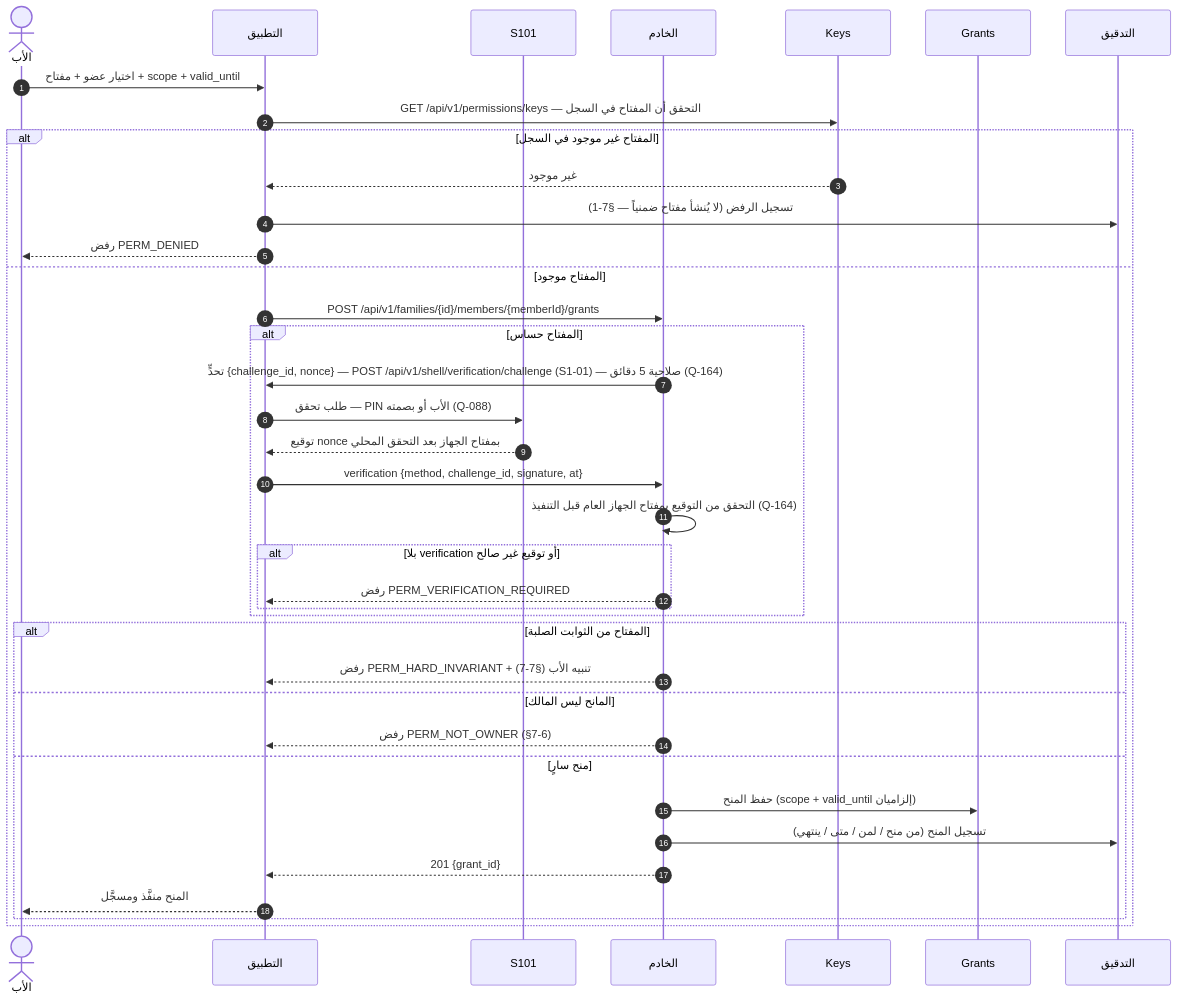
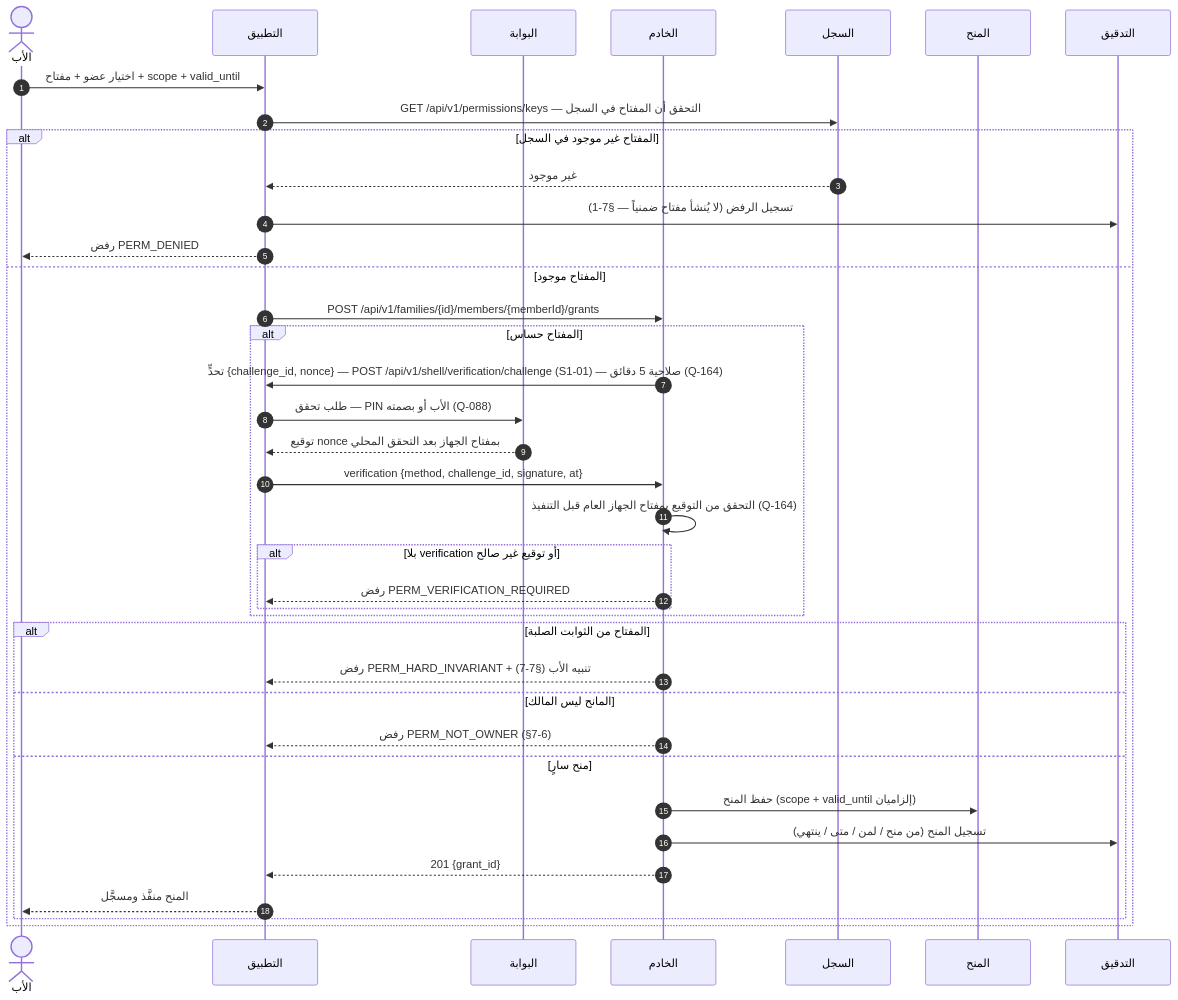
One commit to Bassam-mohammed-alqaeadi/family-os-v2 changed the third of 14 diagrams in docs/family-os/governance/phases/phase-1/S1-03-family-roles-and-permissions/DIAGRAMS.md. Above: the diagram before and after it, drawn with Mermaid. The commit also changed other lines of this file and 1 other file, not shown here.

````diff
--- a/docs/family-os/governance/phases/phase-1/S1-03-family-roles-and-permissions/DIAGRAMS.md
+++ b/docs/family-os/governance/phases/phase-1/S1-03-family-roles-and-permissions/DIAGRAMS.md
@@ -186,40 +200,40 @@
 ```mermaid
 sequenceDiagram
     autonumber
     actor Father as الأب
     participant App as التطبيق
-    participant البوابة as S101
+    participant S101 as البوابة
     participant Ktor as الخادم
-    participant السجل as Keys
-    participant المنح as Grants
+    participant Keys as السجل
+    participant Grants as المنح
     participant Audit as التدقيق
     Father->>App: اختيار عضو + مفتاح + scope + valid_until
-    App->>السجل: GET /api/v1/permissions/keys — التحقق أن المفتاح في السجل
+    App->>Keys: GET /api/v1/permissions/keys — التحقق أن المفتاح في السجل
     alt المفتاح غير موجود في السجل
-        السجل-->>App: غير موجود
+        Keys-->>App: غير موجود
         App->>Audit: تسجيل الرفض (لا يُنشأ مفتاح ضمنياً — §7-1)
         App-->>Father: رفض PERM_DENIED
     else المفتاح موجود
         App->>Ktor: POST /api/v1/families/{id}/members/{memberId}/grants
         alt المفتاح حساس
             Ktor->>App: تحدٍّ {challenge_id, nonce} — POST /api/v1/shell/verification/challenge (S1-01) — صلاحية 5 دقائق (Q-164)
-            App->>البوابة: طلب تحقق — PIN الأب أو بصمته (Q-088)
-            البوابة-->>App: توقيع nonce بمفتاح الجهاز بعد التحقق المحلي
+            App->>S101: طلب تحقق — PIN الأب أو بصمته (Q-088)
+            S101-->>App: توقيع nonce بمفتاح الجهاز بعد التحقق المحلي
             App->>Ktor: verification {method, challenge_id, signature, at}
             Ktor->>Ktor: التحقق من التوقيع بمفتاح الجهاز العام قبل التنفيذ (Q-164)
             alt بلا verification أو توقيع غير صالح
                 Ktor-->>App: رفض PERM_VERIFICATION_REQUIRED
             end
         end
         alt المفتاح من الثوابت الصلبة
             Ktor-->>App: رفض PERM_HARD_INVARIANT + تنبيه الأب (§7-7)
         else المانح ليس المالك
             Ktor-->>App: رفض PERM_NOT_OWNER (§7-6)
         else منح سارٍ
-            Ktor->>المنح: حفظ المنح (scope + valid_until إلزاميان)
+            Ktor->>Grants: حفظ المنح (scope + valid_until إلزاميان)
             Ktor->>Audit: تسجيل المنح (من منح / لمن / متى / ينتهي)
             Ktor-->>App: 201 {grant_id}
             App-->>Father: المنح منفَّذ ومسجَّل
         end
     end
 ```
````
